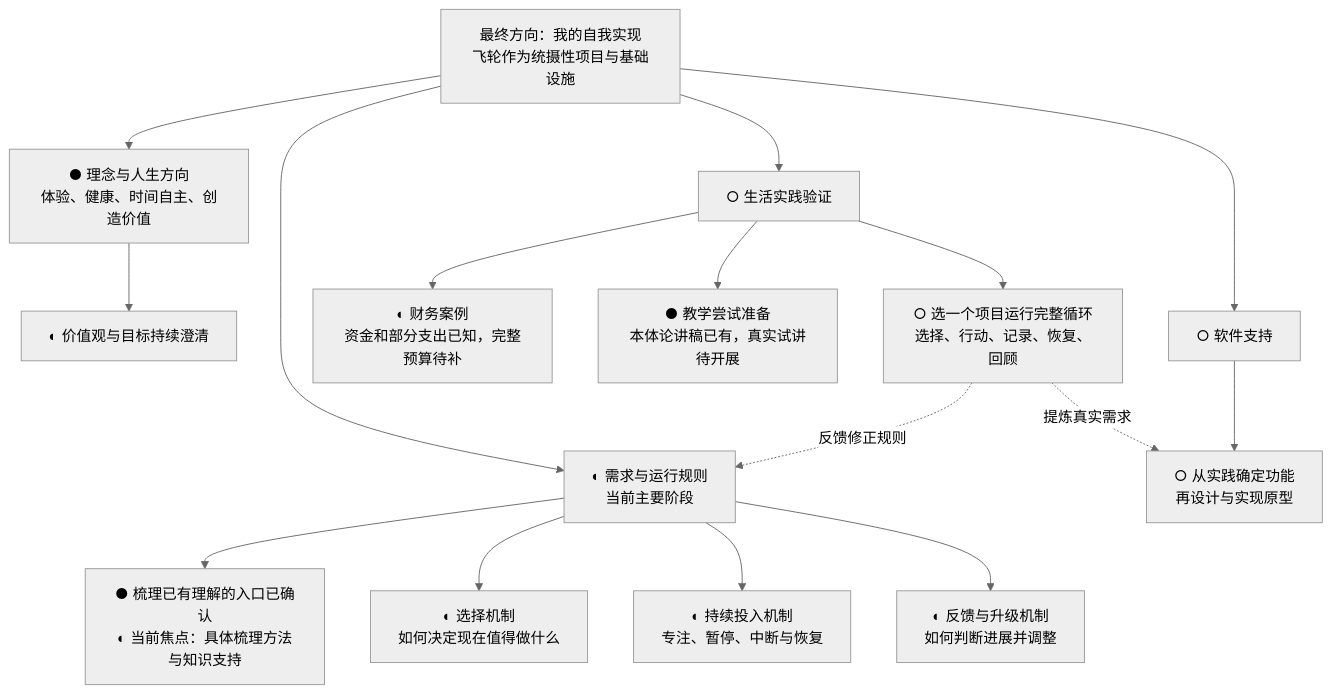
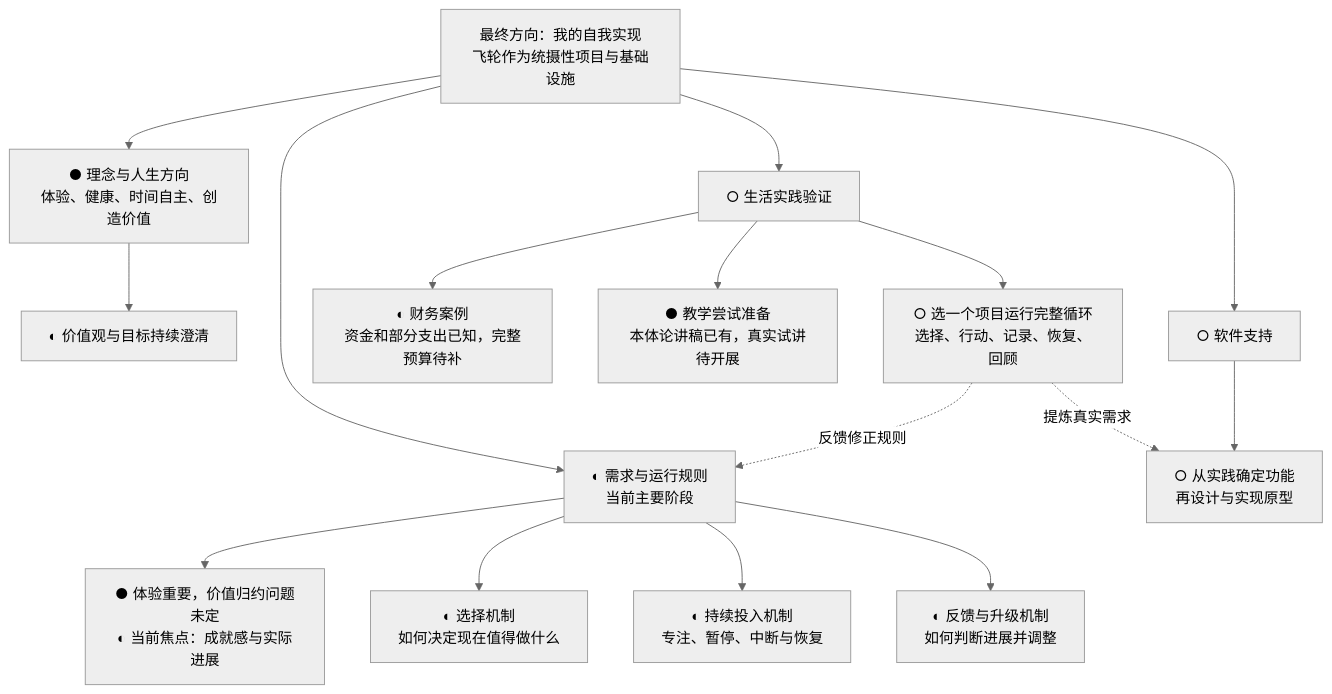
One commit to fangjiaqi2023-jpg/life-flywheel changed the first of 2 diagrams in 项目/人生飞轮/项目推进图.md. Above: the diagram before and after it, drawn with Mermaid (neutral theme). The commit also changed other lines of this file, not shown here.

````diff
--- a/项目/人生飞轮/项目推进图.md
+++ b/项目/人生飞轮/项目推进图.md
@@ -11,22 +11,22 @@
 ```mermaid
 flowchart TD
     M[最终方向：我的自我实现<br/>飞轮作为统摄性项目与基础设施]
     M --> A[● 理念与人生方向<br/>体验、健康、时间自主、创造价值]
     M --> B[◐ 需求与运行规则<br/>当前主要阶段]
     M --> C[○ 生活实践验证]
     M --> D[○ 软件支持]
 
     A --> A1[◐ 价值观与目标持续澄清]
-    B --> B0[● 梳理已有理解的入口已确认<br/>◐ 当前焦点：具体梳理方法与知识支持]
+    B --> B0[● 体验重要，价值归约问题未定<br/>◐ 当前焦点：成就感与实际进展]
     B --> B1[◐ 选择机制<br/>如何决定现在值得做什么]
     B --> B2[◐ 持续投入机制<br/>专注、暂停、中断与恢复]
     B --> B3[◐ 反馈与升级机制<br/>如何判断进展并调整]
 
     C --> C1[◐ 财务案例<br/>资金和部分支出已知，完整预算待补]
     C --> C2[● 教学尝试准备<br/>本体论讲稿已有，真实试讲待开展]
     C --> C3[○ 选一个项目运行完整循环<br/>选择、行动、记录、恢复、回顾]
     D --> D1[○ 从实践确定功能<br/>再设计与实现原型]
 
     C3 -.反馈修正规则.-> B
     C3 -.提炼真实需求.-> D1
 ```
````
